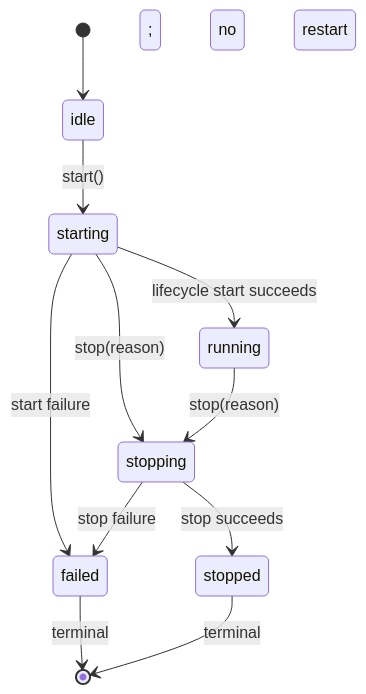
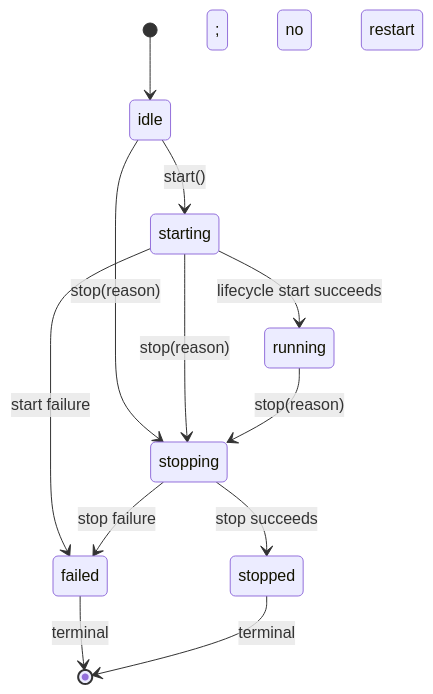
One commit to qingningmneg/whitelily-codex-minecraft-companion changed the diagram in docs/runtime-architecture.md. Above: the diagram before and after it, drawn with Mermaid. The commit also changed other lines of this file and 1 other file, not shown here.

````diff
--- a/docs/runtime-architecture.md
+++ b/docs/runtime-architecture.md
@@ -13,13 +13,14 @@
 ```mermaid
 stateDiagram-v2
   [*] --> idle
   idle --> starting: start()
+  idle --> stopping: stop(reason)
   starting --> running: lifecycle start succeeds
   starting --> stopping: stop(reason)
   starting --> failed: start failure
   running --> stopping: stop(reason)
   stopping --> stopped: stop succeeds
   stopping --> failed: stop failure
   failed --> [*]: terminal; no restart
   stopped --> [*]: terminal; no restart
 ```
````
